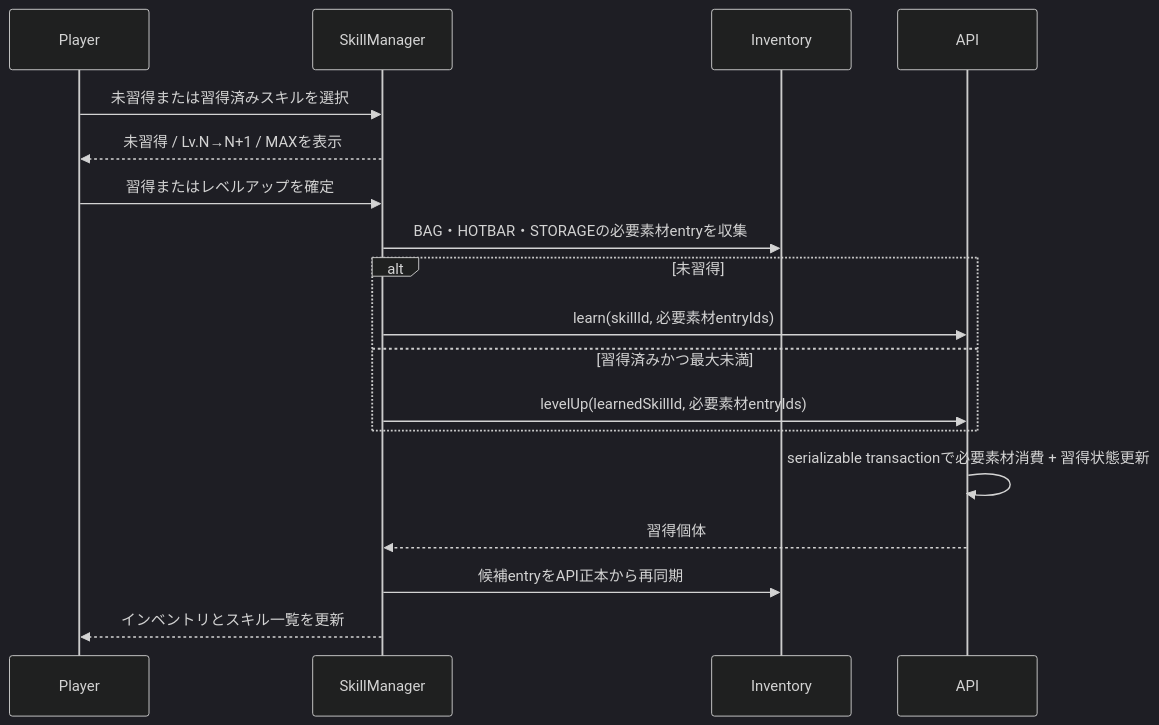
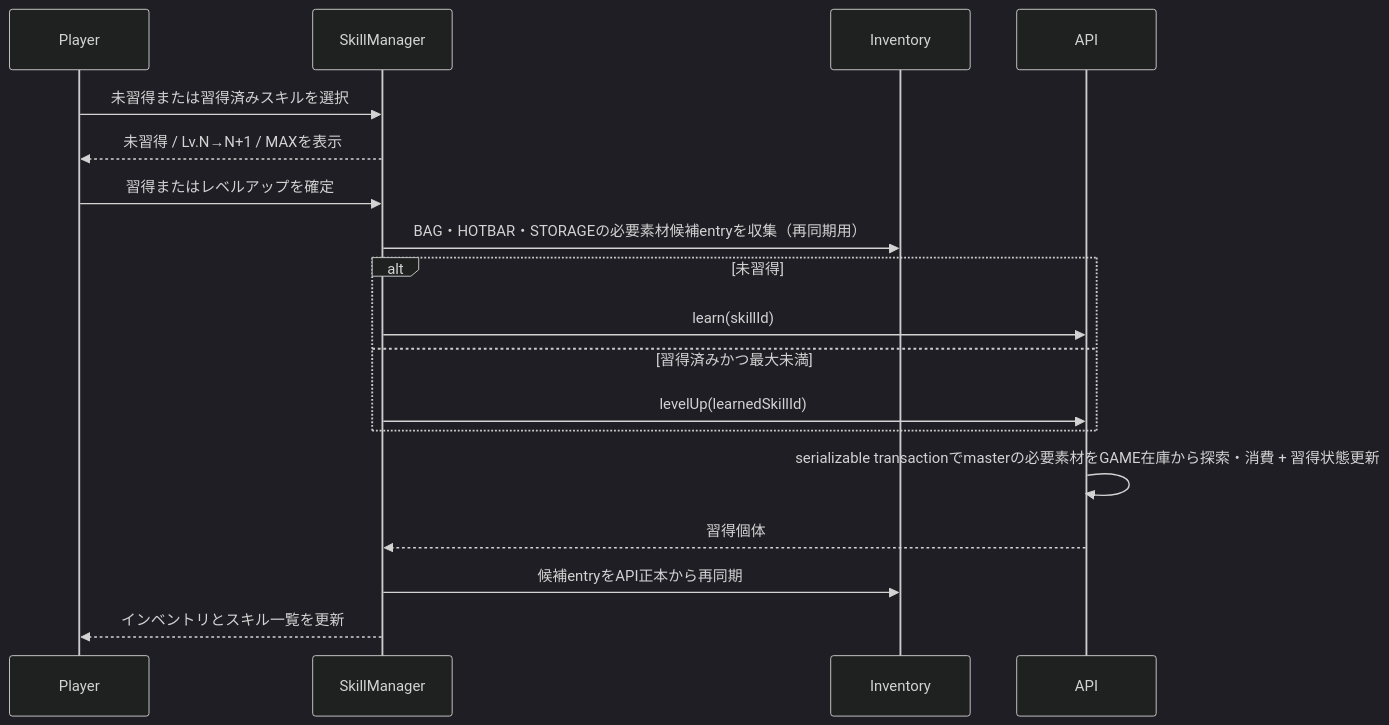
The second of 3 diagrams in 00_docs/10_Plugin設計書/feature/13-skill/4-統合フロー/13_4-スキルバインドGUI.md (maaasu/AstralRecord-Workspace), drawn with Mermaid (dark theme) before and after one commit. The commit also changed 20 other files, not shown here.

````diff
--- a/00_docs/10_Plugin設計書/feature/13-skill/4-統合フロー/13_4-スキルバインドGUI.md
+++ b/00_docs/10_Plugin設計書/feature/13-skill/4-統合フロー/13_4-スキルバインドGUI.md
@@ -38,21 +38,21 @@
 ```mermaid
 sequenceDiagram
     participant Player
     participant SkillManager
     participant Inventory
     participant API
 
     Player->>SkillManager: 未習得または習得済みスキルを選択
     SkillManager-->>Player: 未習得 / Lv.N→N+1 / MAXを表示
     Player->>SkillManager: 習得またはレベルアップを確定
-    SkillManager->>Inventory: BAG・HOTBAR・STORAGEの必要素材entryを収集
+    SkillManager->>Inventory: BAG・HOTBAR・STORAGEの必要素材候補entryを収集（再同期用）
     alt 未習得
-        SkillManager->>API: learn(skillId, 必要素材entryIds)
+        SkillManager->>API: learn(skillId)
     else 習得済みかつ最大未満
-        SkillManager->>API: levelUp(learnedSkillId, 必要素材entryIds)
+        SkillManager->>API: levelUp(learnedSkillId)
     end
-    API->>API: serializable transactionで必要素材消費 + 習得状態更新
+    API->>API: serializable transactionでmasterの必要素材をGAME在庫から探索・消費 + 習得状態更新
     API-->>SkillManager: 習得個体
     SkillManager->>Inventory: 候補entryをAPI正本から再同期
     SkillManager-->>Player: インベントリとスキル一覧を更新
 ```
````
